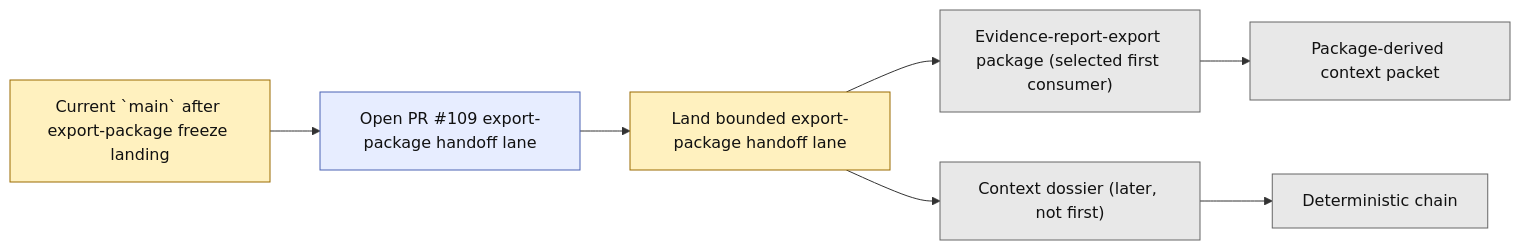
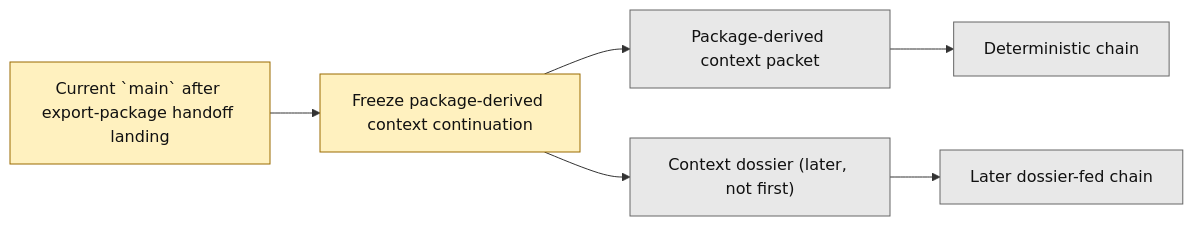
One commit to benjmcd/project6_REPO_MCP_FOLDER changed the second of 2 diagrams in next_milestone_plans/layer3_progress_board.md. Above: the diagram before and after it, drawn with Mermaid. The commit also changed other lines of this file and 8 other files, not shown here.

Commit message:
docs(layer3): align post-pr109 export package landing

````diff
--- a/next_milestone_plans/layer3_progress_board.md
+++ b/next_milestone_plans/layer3_progress_board.md
@@ -107,17 +106,14 @@
 ```mermaid
 flowchart LR
-    A["Current `main` after export-package freeze landing"] --> B["Open PR #109 export-package handoff lane"]
-    B --> C["Land bounded export-package handoff lane"]
-    C --> D["Evidence-report-export package (selected first consumer)"]
-    C --> E["Context dossier (later, not first)"]
-    D --> F["Package-derived context packet"]
-    E --> G["Deterministic chain"]
+    A["Current `main` after export-package handoff landing"] --> B["Freeze package-derived context continuation"]
+    B --> C["Package-derived context packet"]
+    B --> D["Context dossier (later, not first)"]
+    C --> E["Deterministic chain"]
+    D --> F["Later dossier-fed chain"]
 
     classDef next fill:#fff1bf,stroke:#9a6b00,color:#111;
-    classDef branch fill:#e7edff,stroke:#4b63b3,color:#111;
     classDef future fill:#e8e8e8,stroke:#666,color:#111;
 
-    class A,C next;
-    class B branch;
-    class D,E,F,G future;
+    class A,B next;
+    class C,D,E,F future;
 ```
````
